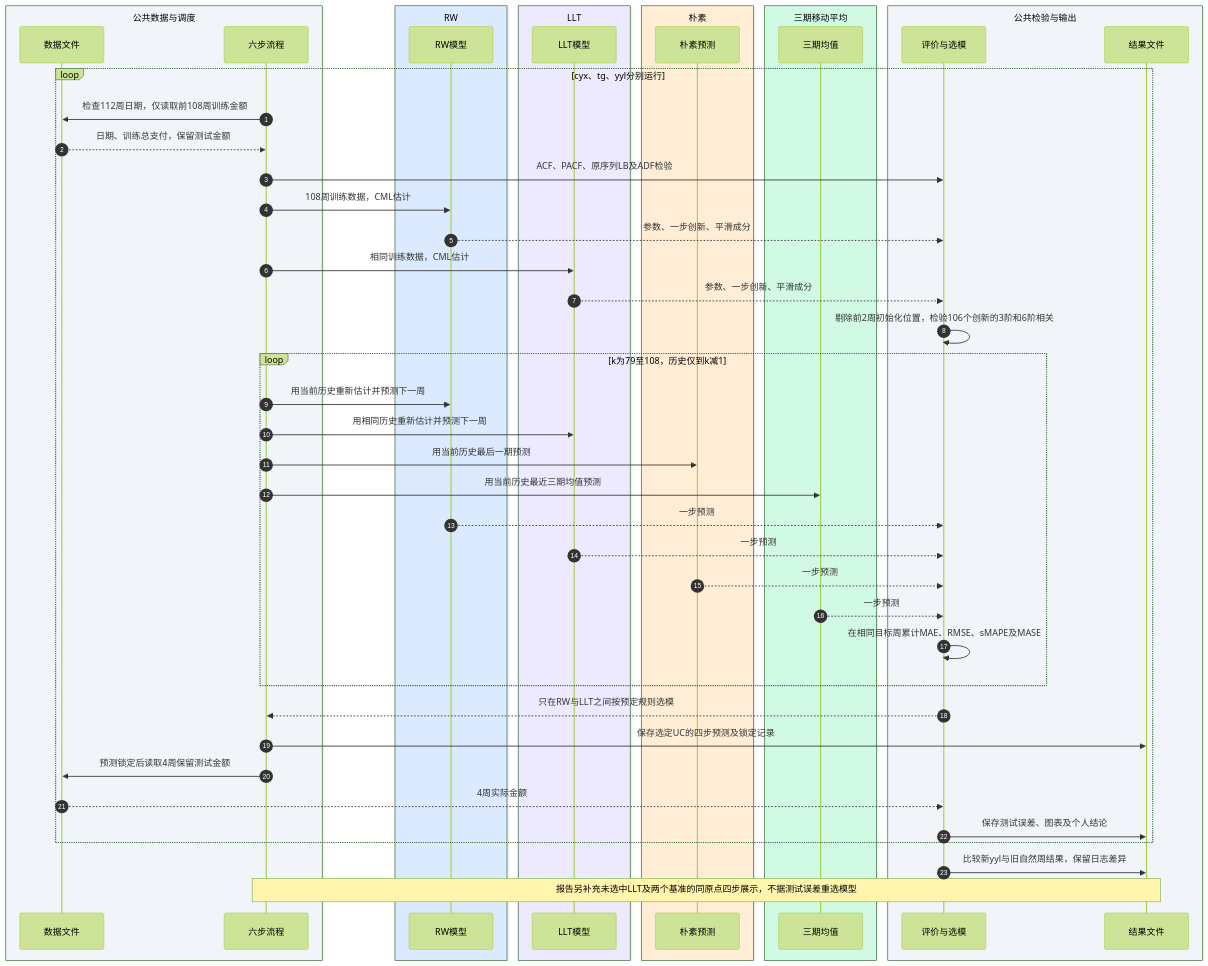
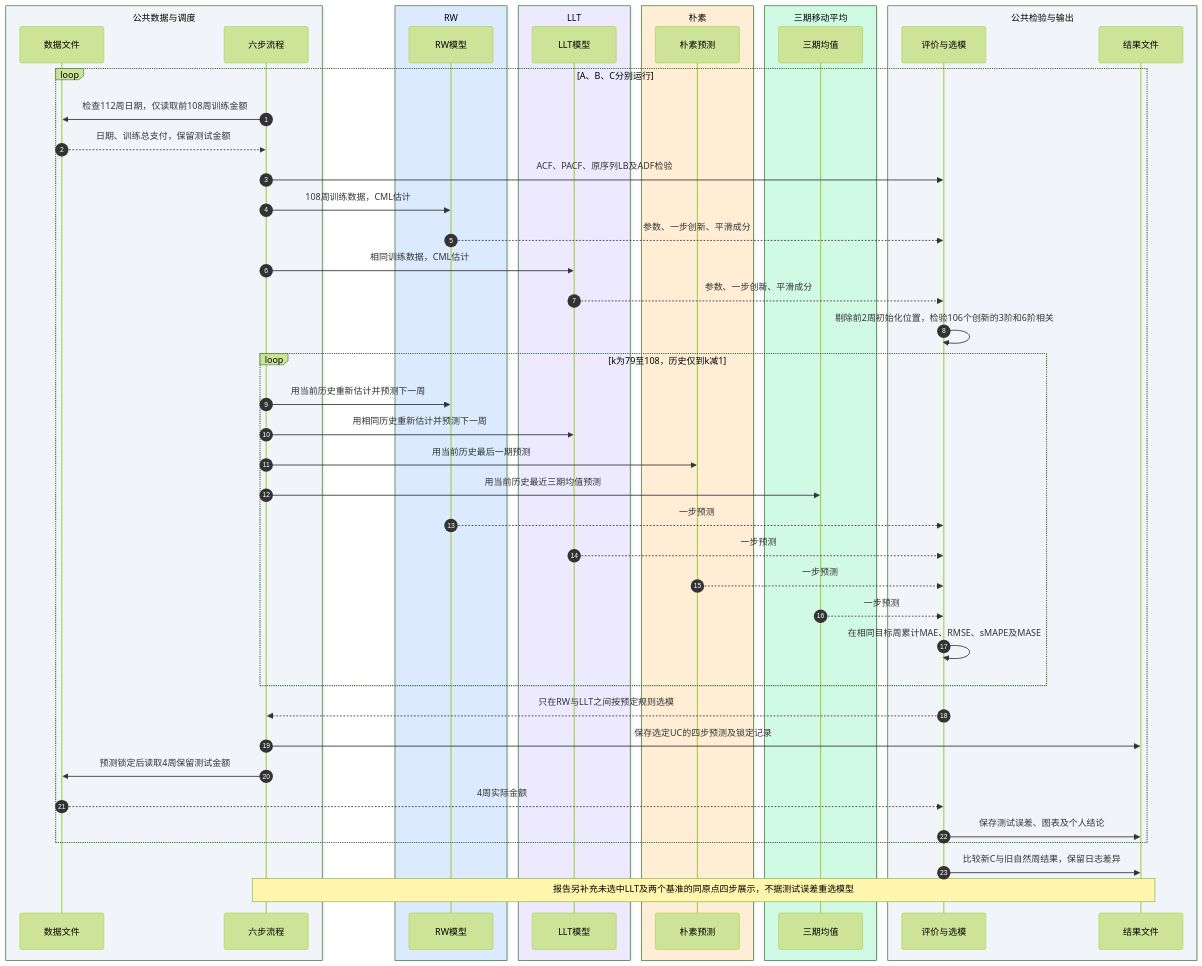
The first of 5 diagrams in output/UC分析流程简述.md (41423577arc-lab/ECOTOOL-Mauna-Loa-Reproduction), drawn with Mermaid (forest theme) before and after one commit. The commit also changed other lines of this file and 332 other files, not shown here.

````diff
--- a/output/UC分析流程简述.md
+++ b/output/UC分析流程简述.md
@@ -21,52 +21,52 @@
 ```mermaid
 sequenceDiagram
     autonumber
     box rgb(241,245,249) 公共数据与调度
         participant D as 数据文件
         participant P as 六步流程
     end
     box rgb(219,234,254) RW
         participant R as RW模型
     end
     box rgb(237,233,254) LLT
         participant L as LLT模型
     end
     box rgb(255,237,213) 朴素
         participant N as 朴素预测
     end
     box rgb(209,250,229) 三期移动平均
         participant M as 三期均值
     end
     box rgb(241,245,249) 公共检验与输出
         participant E as 评价与选模
         participant O as 结果文件
     end
-    loop cyx、tg、yyl分别运行
+    loop A、B、C分别运行
         P->>D: 检查112周日期，仅读取前108周训练金额
         D-->>P: 日期、训练总支付，保留测试金额
         P->>E: ACF、PACF、原序列LB及ADF检验
         P->>R: 108周训练数据，CML估计
         R-->>E: 参数、一步创新、平滑成分
         P->>L: 相同训练数据，CML估计
         L-->>E: 参数、一步创新、平滑成分
         E->>E: 剔除前2周初始化位置，检验106个创新的3阶和6阶相关
         loop k为79至108，历史仅到k减1
             P->>R: 用当前历史重新估计并预测下一周
             P->>L: 用相同历史重新估计并预测下一周
             P->>N: 用当前历史最后一期预测
             P->>M: 用当前历史最近三期均值预测
             R-->>E: 一步预测
             L-->>E: 一步预测
             N-->>E: 一步预测
             M-->>E: 一步预测
             E->>E: 在相同目标周累计MAE、RMSE、sMAPE及MASE
         end
         E-->>P: 只在RW与LLT之间按预定规则选模
         P->>O: 保存选定UC的四步预测及锁定记录
         P->>D: 预测锁定后读取4周保留测试金额
         D-->>E: 4周实际金额
         E->>O: 保存测试误差、图表及个人结论
     end
-    E->>O: 比较新yyl与旧自然周结果，保留日志差异
+    E->>O: 比较新C与旧自然周结果，保留日志差异
     Note over P,O: 报告另补充未选中LLT及两个基准的同原点四步展示，不据测试误差重选模型
 ```
````
